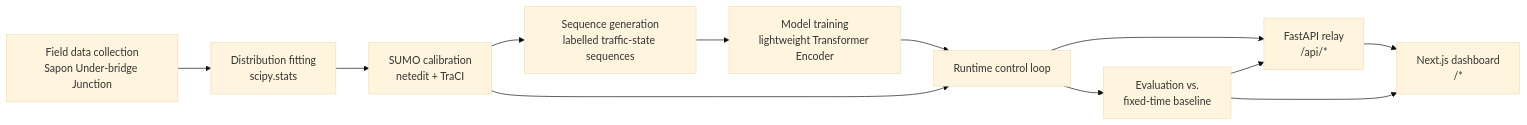
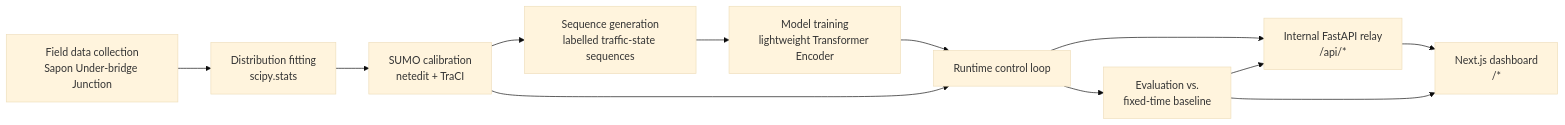
The first of 2 diagrams in docs/PRODUCT_FLOW.md (abdulazeezoj/mvp-mahanya), drawn with Mermaid (base theme) before and after one commit. The commit also changed other lines of this file and 2 other files, not shown here.

Commit message:
Clarify FastAPI is internal relay

````diff
--- a/docs/PRODUCT_FLOW.md
+++ b/docs/PRODUCT_FLOW.md
@@ -10,14 +10,14 @@
 ```mermaid
 flowchart LR
     A[Field data collection\nSapon Under-bridge Junction] --> B[Distribution fitting\nscipy.stats]
     B --> C[SUMO calibration\nnetedit + TraCI]
     C --> D[Sequence generation\nlabelled traffic-state sequences]
     D --> E[Model training\nlightweight Transformer Encoder]
     E --> F[Runtime control loop]
     C --> F
     F --> G[Evaluation vs.\nfixed-time baseline]
-    F --> I["FastAPI relay\n/api/*"]
+    F --> I["Internal FastAPI relay\n/api/*"]
     I --> H["Next.js dashboard\n/*"]
     G --> I
     G --> H
 ```
````
